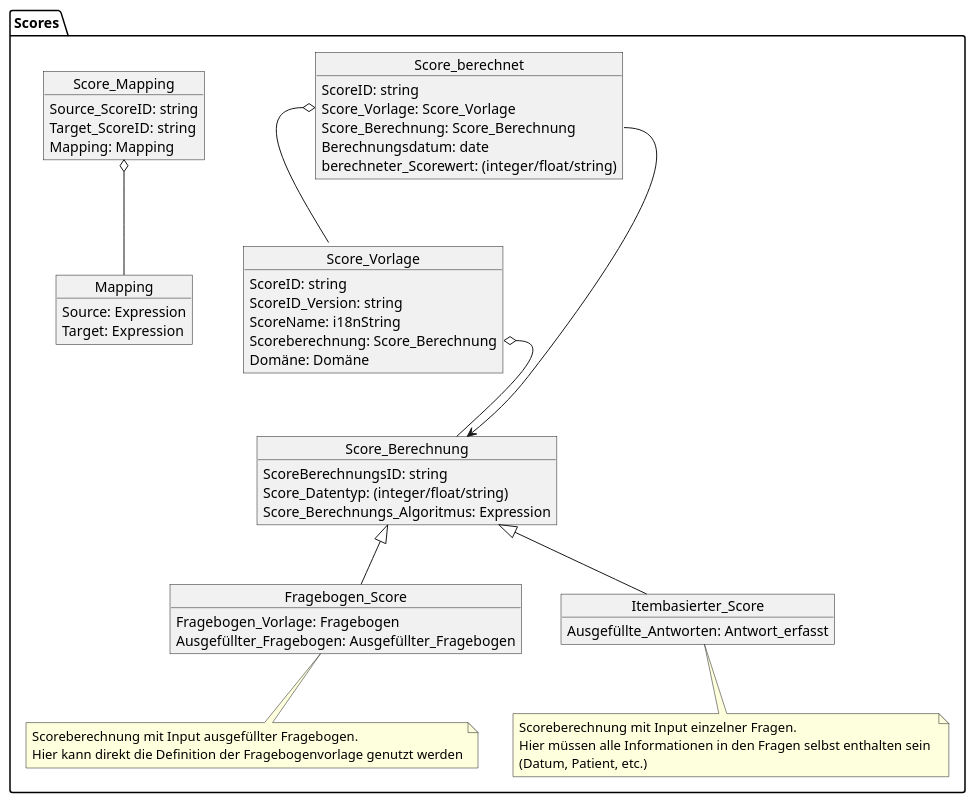
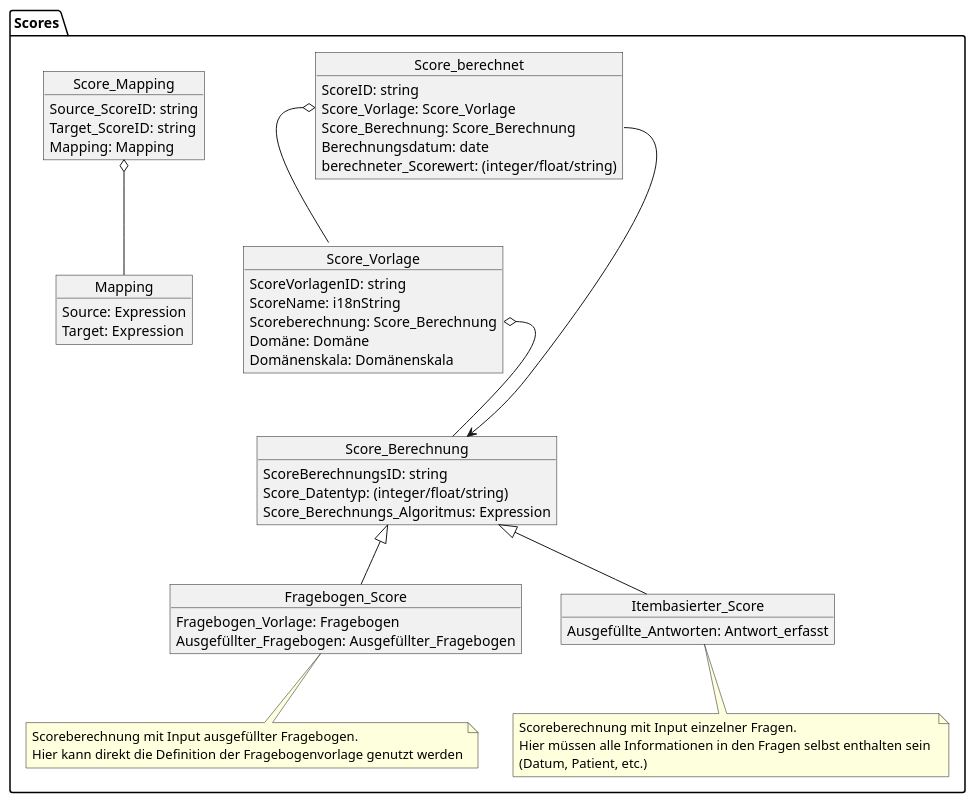
The diagram in input/Images/Logical_Model_UML_Score.pu (medizininformatik-initiative/kerndatensatzmodul-proms), drawn with PlantUML before and after one commit. The commit also changed 3 other files, not shown here.

```diff
--- a/input/Images/Logical_Model_UML_Score.pu
+++ b/input/Images/Logical_Model_UML_Score.pu
@@ -1,62 +1,62 @@
 @startuml MII_PROMs_Fragebögen
 package Scores {
     object Score_Vorlage {
-        ScoreID: string
-        ScoreID_Version: string
+        ScoreVorlagenID: string
         ScoreName: i18nString
         Scoreberechnung: Score_Berechnung
         Domäne: Domäne
+        Domänenskala: Domänenskala
     }
     object Score_berechnet {
         ScoreID: string
         Score_Vorlage: Score_Vorlage
         Score_Berechnung: Score_Berechnung
         Berechnungsdatum: date
         berechneter_Scorewert: (integer/float/string)
     } 
     
     object Score_Berechnung {
         ScoreBerechnungsID: string
         Score_Datentyp: (integer/float/string)
         Score_Berechnungs_Algoritmus: Expression
 
     }
     Score_Vorlage::Scoreberechnung o-- Score_Berechnung
     Score_berechnet::Score_Vorlage o-- Score_Vorlage 
     Score_berechnet::Score_Berechnung --> Score_Berechnung
 
 
     object Fragebogen_Score {
         Fragebogen_Vorlage: Fragebogen
         Ausgefüllter_Fragebogen: Ausgefüllter_Fragebogen
     }
     note bottom of Fragebogen_Score 
         Scoreberechnung mit Input ausgefüllter Fragebogen. 
         Hier kann direkt die Definition der Fragebogenvorlage genutzt werden
     end note
       Score_Berechnung <|-- Fragebogen_Score
 
     object Itembasierter_Score {
         Ausgefüllte_Antworten: Antwort_erfasst
     }
     Score_Berechnung <|-- Itembasierter_Score
 
     note bottom of Itembasierter_Score 
         Scoreberechnung mit Input einzelner Fragen. 
         Hier müssen alle Informationen in den Fragen selbst enthalten sein 
         (Datum, Patient, etc.)
     end note
 
     object Score_Mapping {
         Source_ScoreID: string
         Target_ScoreID: string
         Mapping: Mapping 
     }
 
     object Mapping {
         Source: Expression
         Target: Expression        
     }
     Score_Mapping o-- Mapping
 }
 @enduml
```
